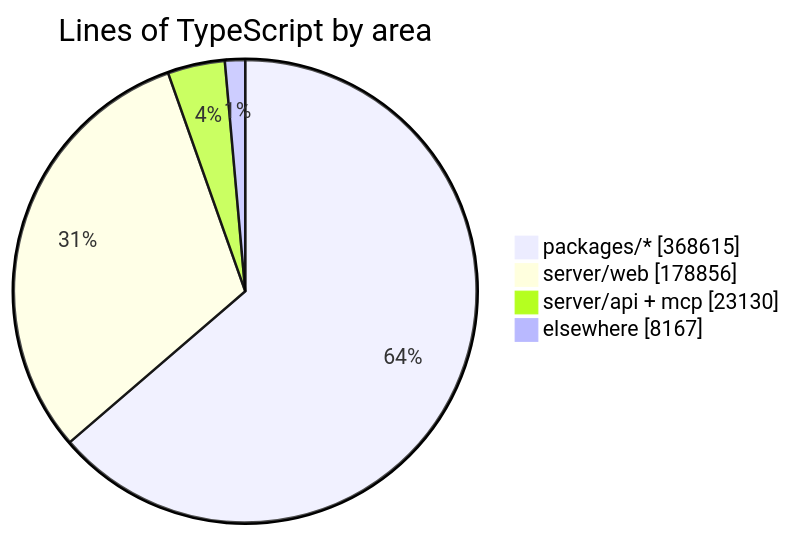
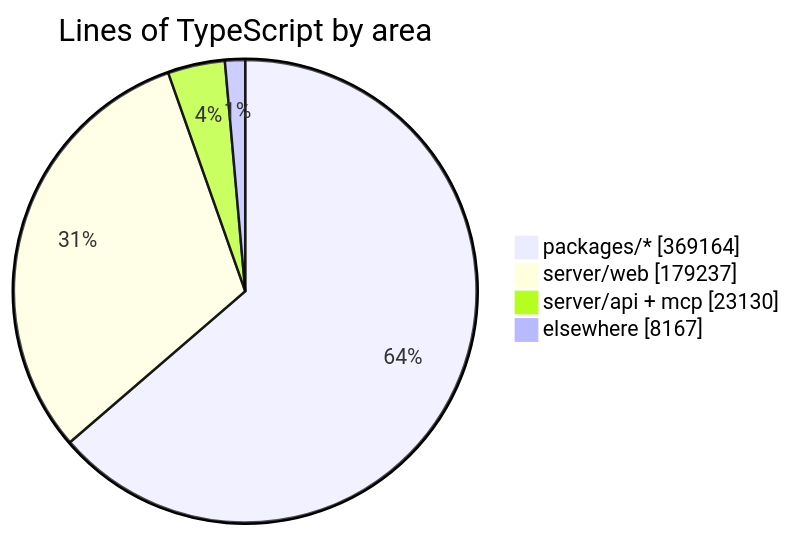
One commit to crossworks-engineering/mantle changed the diagram in README.md. Above: the diagram before and after it, drawn with Mermaid. The commit also changed other lines of this file and 2 other files, not shown here.

````diff
--- a/README.md
+++ b/README.md
@@ -294,7 +294,7 @@
 ```mermaid
 pie showData title Lines of TypeScript by area
-    "packages/*" : 368615
-    "server/web" : 178856
+    "packages/*" : 369164
+    "server/web" : 179237
     "server/api + mcp" : 23130
     "elsewhere" : 8167
 ```
````
